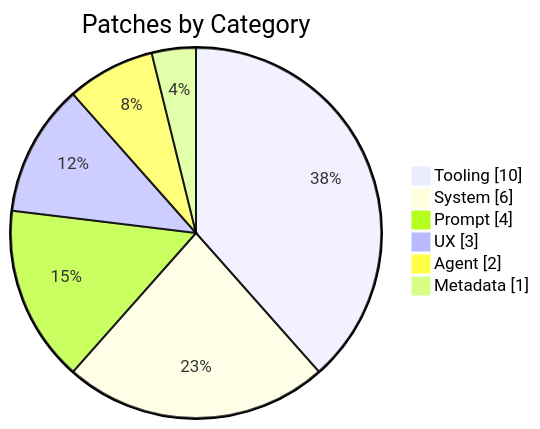
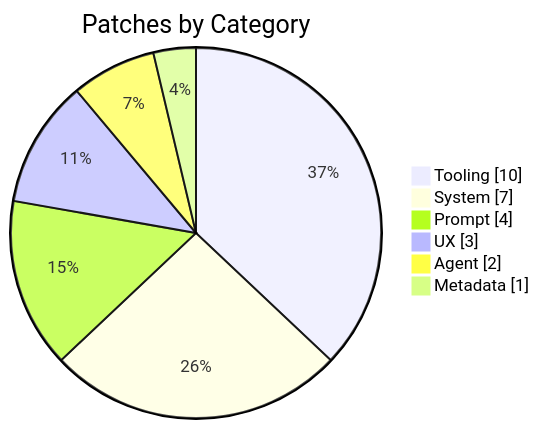
Before and after one commit to camjac251/cc-enhanced: the third of 3 diagrams in README.md, drawn with Mermaid. The commit also changed other lines of this file and 5 other files, not shown here.

````diff
--- a/README.md
+++ b/README.md
@@ -145,9 +146,9 @@
 ```mermaid
 pie showData title Patches by Category
     "Tooling" : 10
-    "System" : 6
+    "System" : 7
     "Prompt" : 4
     "UX" : 3
     "Agent" : 2
     "Metadata" : 1
 ```
````
